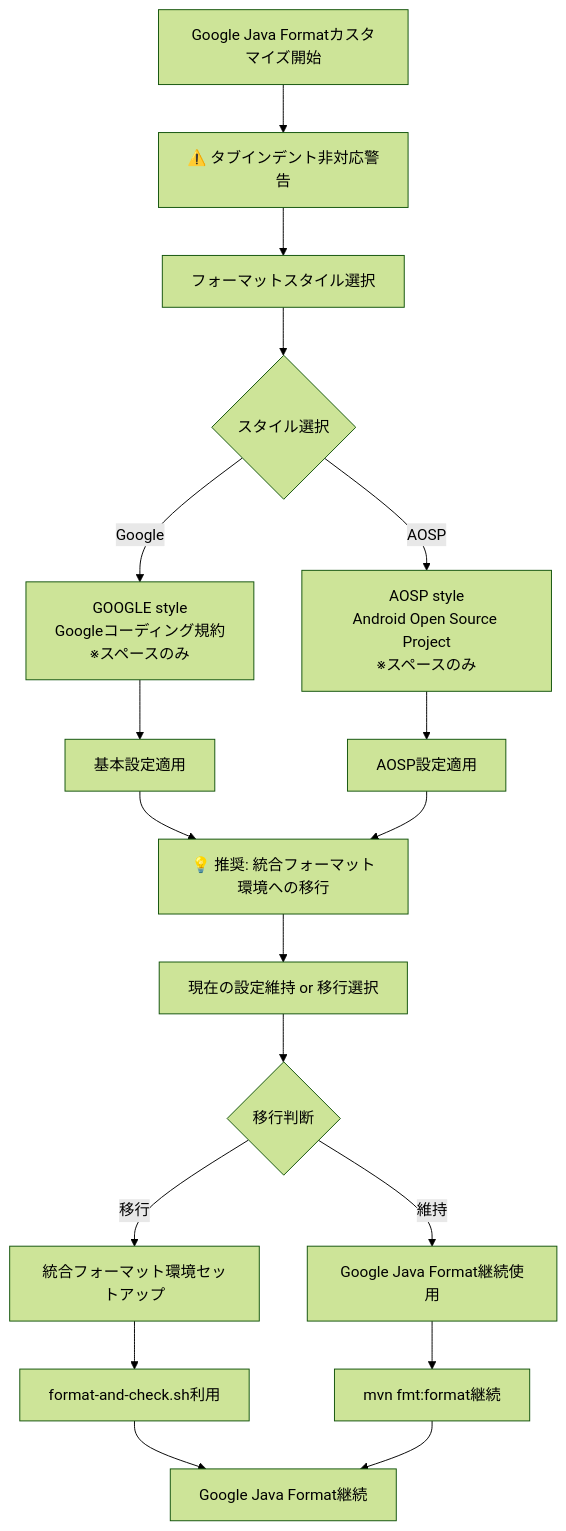
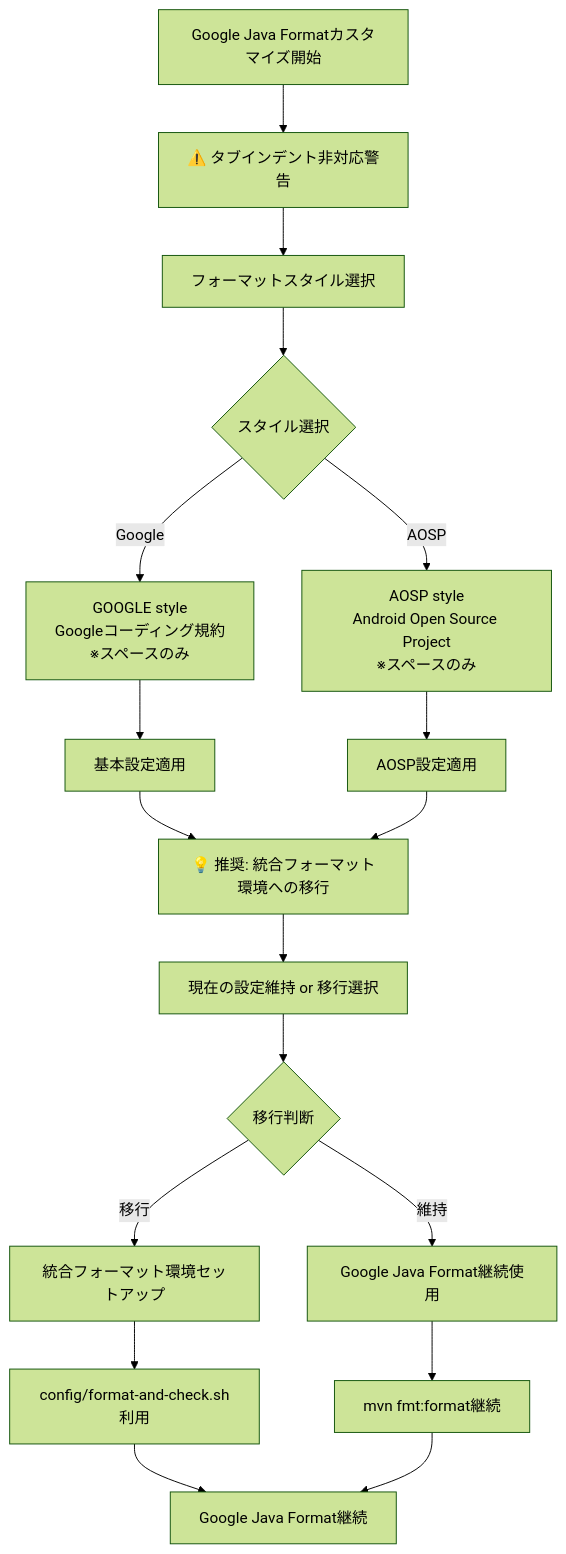
One commit to digital-ojt/development-webCourse-DroneInventorySystem changed diagram 11 of 17 in scripts/STATIC_ANALYSIS_TOOLS_FEATURE_DIAGRAM.md. Above: the diagram before and after it, drawn with Mermaid (forest theme). The commit also changed other lines of this file and 20 other files, not shown here.

````diff
--- a/scripts/STATIC_ANALYSIS_TOOLS_FEATURE_DIAGRAM.md
+++ b/scripts/STATIC_ANALYSIS_TOOLS_FEATURE_DIAGRAM.md
@@ -544,29 +544,29 @@
 ```mermaid
 flowchart TD
     START[Google Java Formatカスタマイズ開始]
     
     START --> WARNING[⚠️ タブインデント非対応警告]
     WARNING --> A1[フォーマットスタイル選択]
     A1 --> B1{スタイル選択}
     
     B1 -->|Google| B2[GOOGLE style<br/>Googleコーディング規約<br/>※スペースのみ]
     B1 -->|AOSP| B3[AOSP style<br/>Android Open Source Project<br/>※スペースのみ]
     
     B2 --> C1[基本設定適用]
     B3 --> C2[AOSP設定適用]
     
     C1 --> RECOMMEND[💡 推奨: 統合フォーマット環境への移行]
     C2 --> RECOMMEND
     
     RECOMMEND --> D1[現在の設定維持 or 移行選択]
     D1 --> E1{移行判断}
     
     E1 -->|移行| F1[統合フォーマット環境セットアップ]
     E1 -->|維持| G1[Google Java Format継続使用]
     
-    F1 --> F2[format-and-check.sh利用]
+    F1 --> F2[config/format-and-check.sh利用]
     G1 --> G2[mvn fmt:format継続]
     
     F2 --> END[統合環境移行完了]
     G2 --> END[Google Java Format継続]
 ```
````
